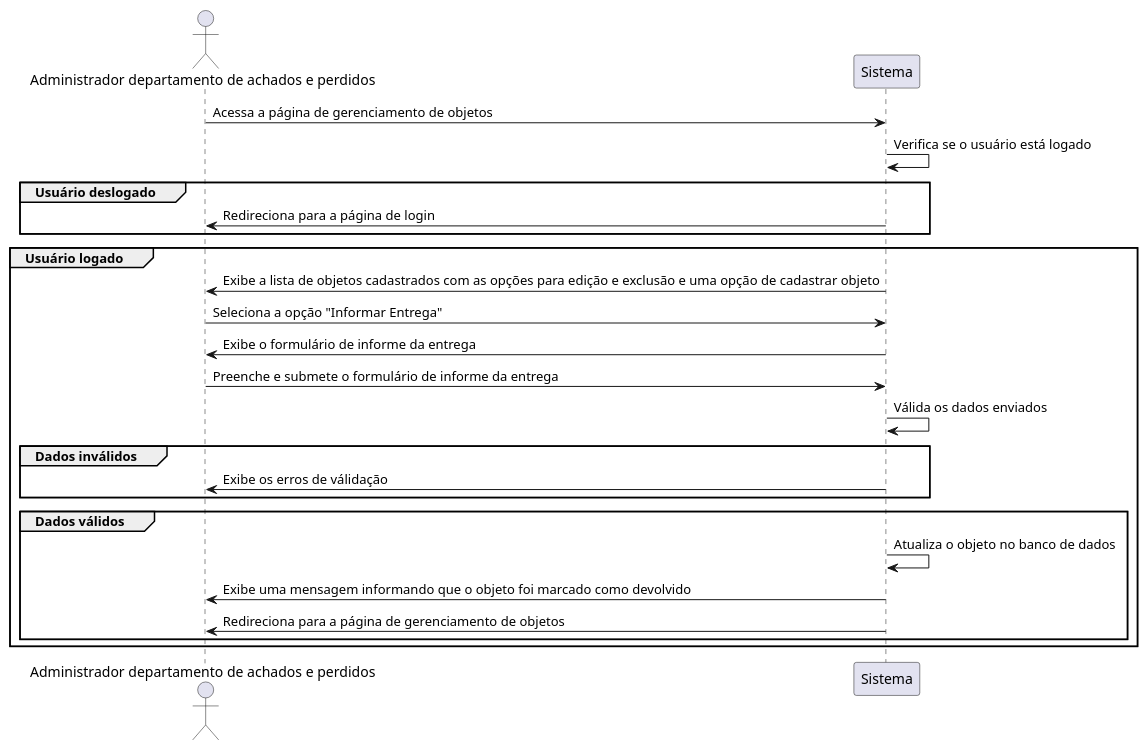
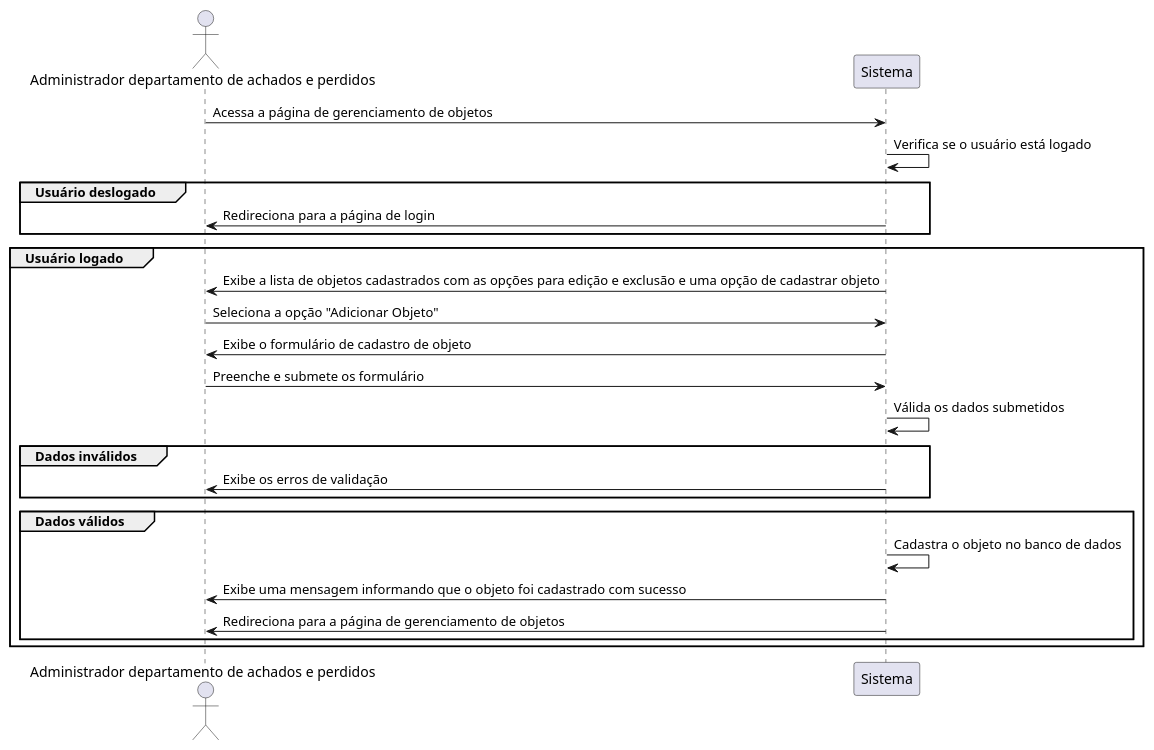
Before and after one commit to treinaweb/desafio-achados-e-perdidos: the diagram in casos-de-uso/administrador/RAP03.wsd, drawn with PlantUML. The commit also changed 16 other files, not shown here.

```diff
--- a/casos-de-uso/administrador/RAP03.wsd
+++ b/casos-de-uso/administrador/RAP03.wsd
@@ -1,31 +1,31 @@
 @startuml RAP03
 
 actor "Administrador departamento de achados e perdidos" as admin
 participant "Sistema" as sistema
 
 admin -> sistema: Acessa a página de gerenciamento de objetos
 sistema -> sistema: Verifica se o usuário está logado
 
 group Usuário deslogado
   sistema -> admin: Redireciona para a página de login
 end
 
 group Usuário logado
   sistema -> admin: Exibe a lista de objetos cadastrados com as opções para edição e exclusão e uma opção de cadastrar objeto
-  admin -> sistema: Seleciona a opção "Informar Entrega"
-  sistema -> admin: Exibe o formulário de informe da entrega
-  admin -> sistema: Preenche e submete o formulário de informe da entrega
-  sistema -> sistema: Válida os dados enviados
+  admin -> sistema: Seleciona a opção "Adicionar Objeto"
+  sistema -> admin: Exibe o formulário de cadastro de objeto
+  admin -> sistema: Preenche e submete os formulário
+  sistema -> sistema: Válida os dados submetidos
 
   group Dados inválidos
-    sistema -> admin: Exibe os erros de válidação
+    sistema -> admin: Exibe os erros de validação
   end
 
   group Dados válidos
-    sistema -> sistema: Atualiza o objeto no banco de dados
-    sistema -> admin: Exibe uma mensagem informando que o objeto foi marcado como devolvido
+    sistema -> sistema: Cadastra o objeto no banco de dados
+    sistema -> admin: Exibe uma mensagem informando que o objeto foi cadastrado com sucesso
     sistema -> admin: Redireciona para a página de gerenciamento de objetos
   end
 end
 
 @enduml
```
